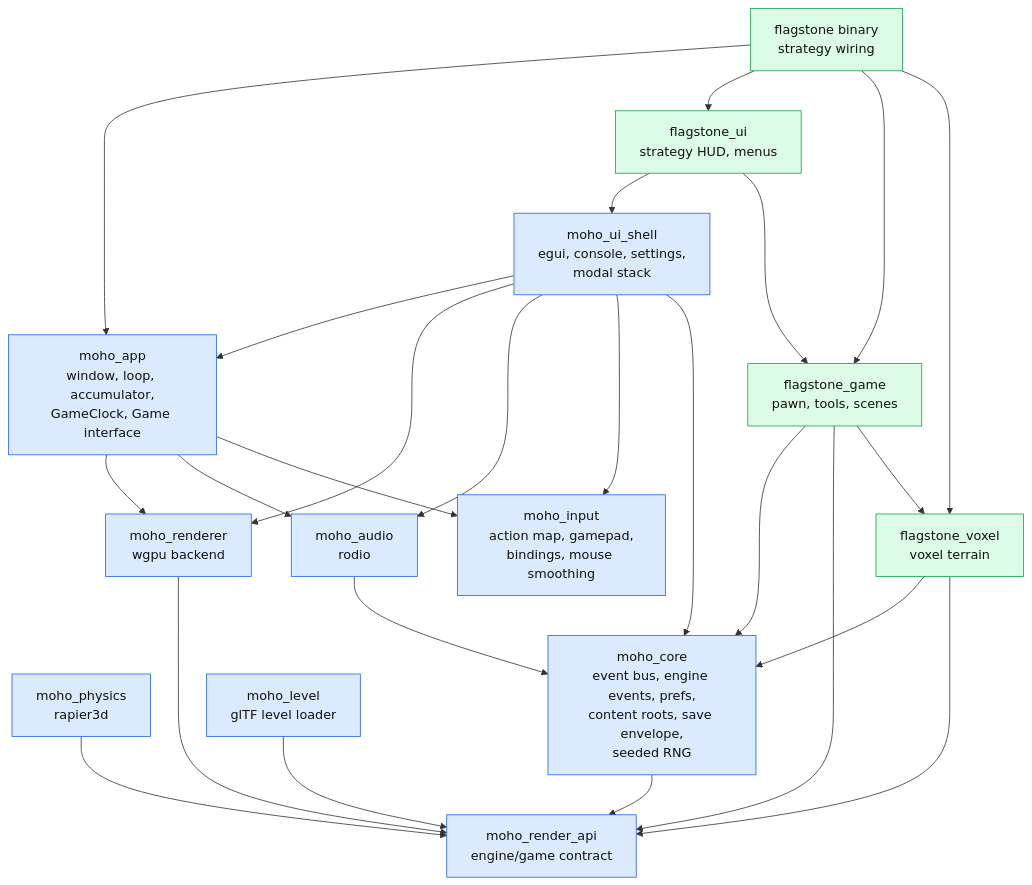
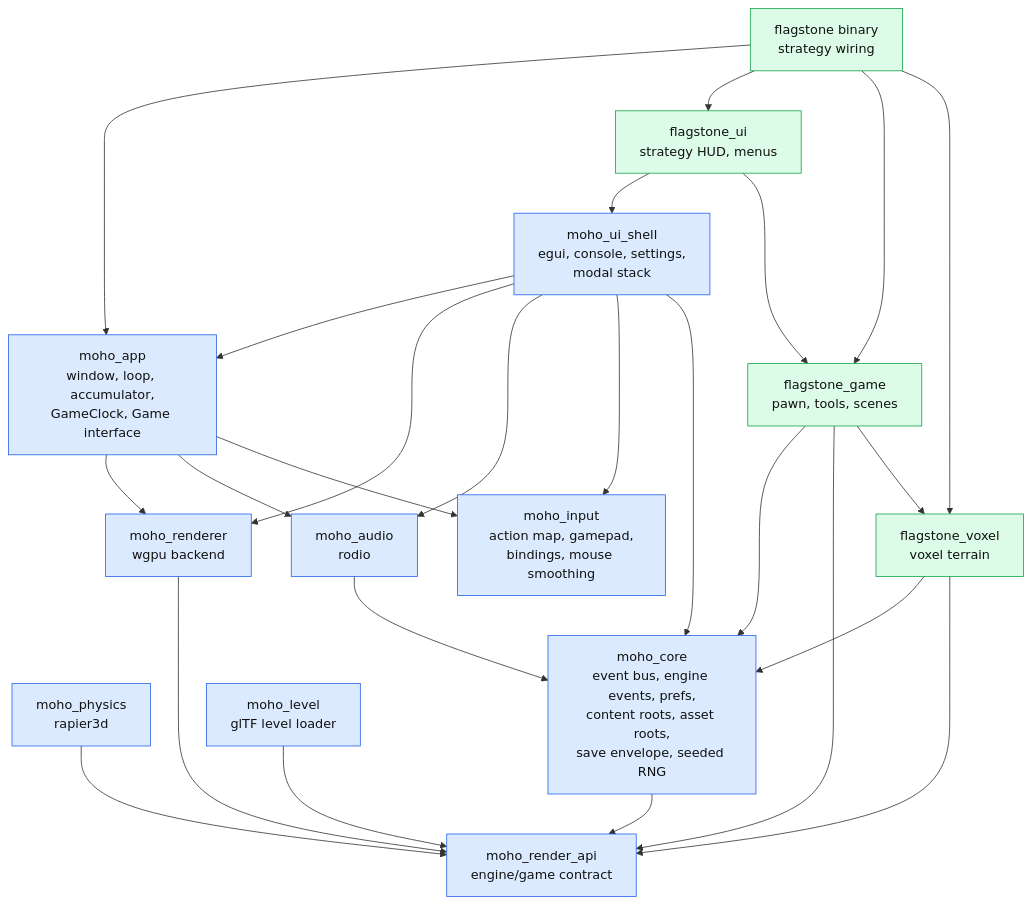
The second of 3 diagrams in wiki/architecture/overview.md (WrackedFella/moho), drawn with Mermaid before and after one commit. The commit also changed other lines of this file and 1 other file, not shown here.

Commit message:
docs(assets): searchlight architecture and engine seam list name asset roots

````diff
--- a/wiki/architecture/overview.md
+++ b/wiki/architecture/overview.md
@@ -86,32 +86,32 @@
 ```mermaid
 flowchart TD
     sbin["flagstone binary<br/>strategy wiring"]:::strategy
     ui["flagstone_ui<br/>strategy HUD, menus"]:::strategy
     game["flagstone_game<br/>pawn, tools, scenes"]:::strategy
     voxel["flagstone_voxel<br/>voxel terrain"]:::strategy
 
     app["moho_app<br/>window, loop, accumulator,<br/>GameClock, Game interface"]:::engine
     shell["moho_ui_shell<br/>egui, console, settings,<br/>modal stack"]:::engine
     input["moho_input<br/>action map, gamepad,<br/>bindings, mouse smoothing"]:::engine
     renderer["moho_renderer<br/>wgpu backend"]:::engine
     physics["moho_physics<br/>rapier3d"]:::engine
     audio["moho_audio<br/>rodio"]:::engine
-    core["moho_core<br/>event bus, engine events, prefs,<br/>content roots, save envelope,<br/>seeded RNG"]:::engine
+    core["moho_core<br/>event bus, engine events, prefs,<br/>content roots, asset roots,<br/>save envelope, seeded RNG"]:::engine
     rapi["moho_render_api<br/>engine/game contract"]:::engine
     level["moho_level<br/>glTF level loader"]:::engine
 
     sbin --> app & ui & game & voxel
     ui --> shell & game
     game --> core & rapi & voxel
     voxel --> core & rapi
     app --> renderer & audio & input
     shell --> app & renderer & audio & input & core
     renderer --> rapi
     physics --> rapi
     audio --> core
     core --> rapi
     level --> rapi
 
     classDef engine fill:#dbeafe,stroke:#2563eb,color:#111
     classDef strategy fill:#dcfce7,stroke:#16a34a,color:#111
 ```
````
